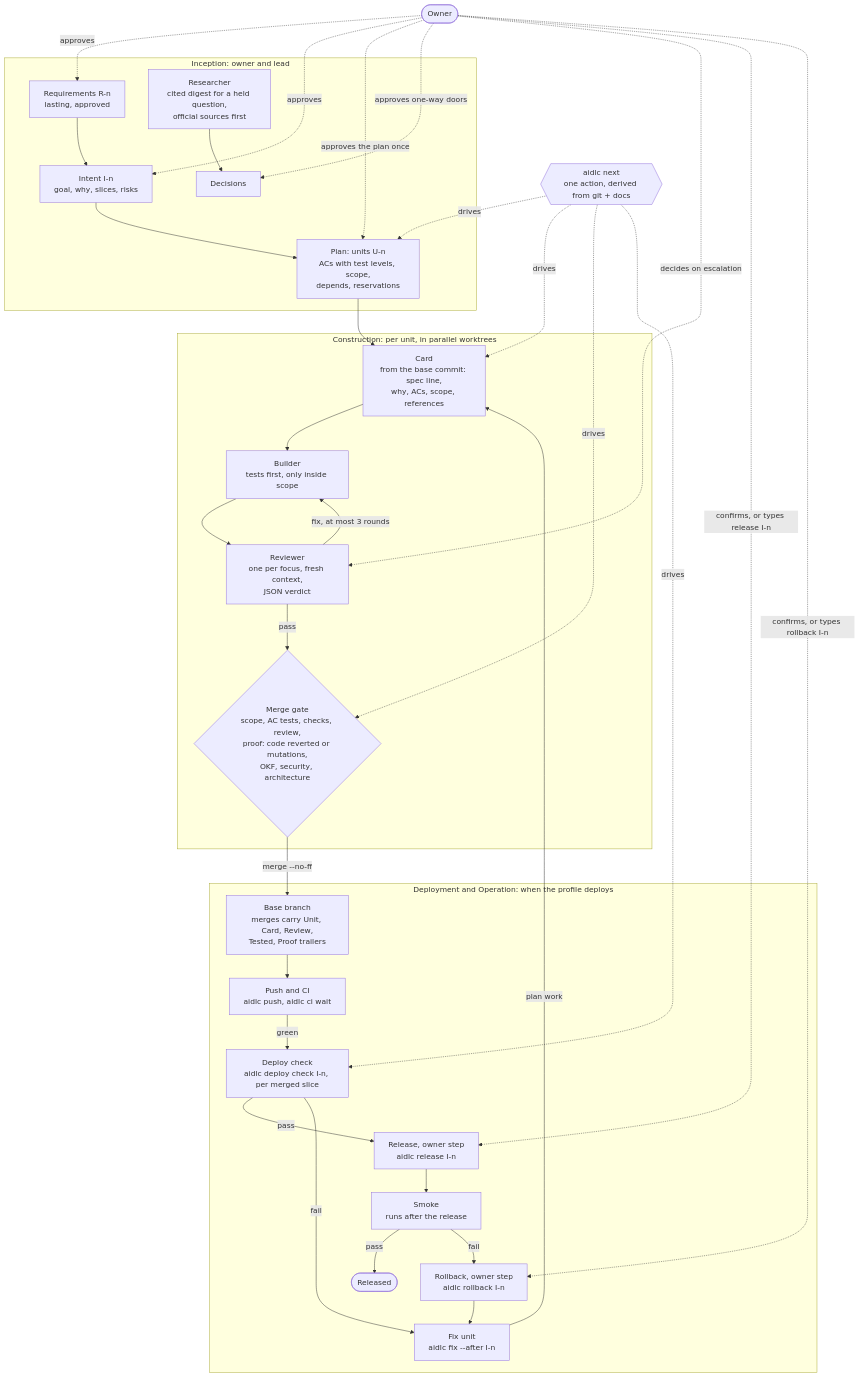
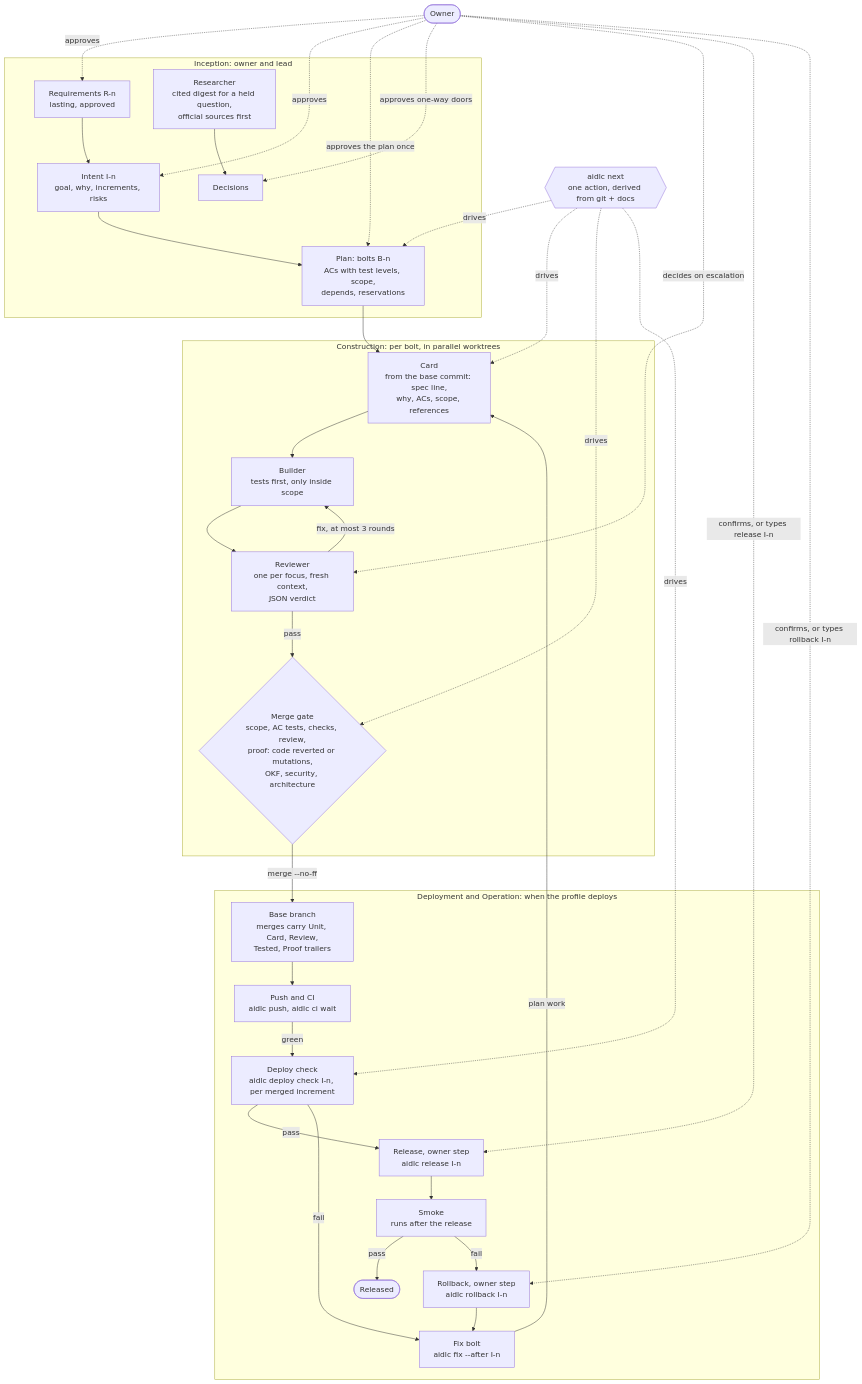
Before and after one commit to Scrollout/aidlc-team-plugin: the first of 2 diagrams in README.md, drawn with Mermaid. The commit also changed other lines of this file and 50 other files, not shown here.

````diff
--- a/README.md
+++ b/README.md
@@ -18,56 +18,56 @@
 ```mermaid
 flowchart TB
   owner(["Owner"])
   next{{"aidlc next<br/>one action, derived from git + docs"}}
 
   subgraph inception["Inception: owner and lead"]
     req["Requirements R-n<br/>lasting, approved"]
-    intent["Intent I-n<br/>goal, why, slices, risks"]
-    plan["Plan: units U-n<br/>ACs with test levels, scope,<br/>depends, reservations"]
+    intent["Intent I-n<br/>goal, why, increments, risks"]
+    plan["Plan: bolts B-n<br/>ACs with test levels, scope,<br/>depends, reservations"]
     researcher["Researcher<br/>cited digest for a held question,<br/>official sources first"]
     decision["Decisions"]
     req --> intent --> plan
     researcher --> decision
   end
 
-  subgraph construction["Construction: per unit, in parallel worktrees"]
+  subgraph construction["Construction: per bolt, in parallel worktrees"]
     card["Card<br/>from the base commit: spec line,<br/>why, ACs, scope, references"]
     builder["Builder<br/>tests first, only inside scope"]
     reviewer["Reviewer<br/>one per focus, fresh context,<br/>JSON verdict"]
     gate{"Merge gate<br/>scope, AC tests, checks, review,<br/>proof: code reverted or mutations,<br/>OKF, security, architecture"}
     card --> builder --> reviewer
     reviewer -- "fix, at most 3 rounds" --> builder
     reviewer -- pass --> gate
   end
 
   subgraph operations["Deployment and Operation: when the profile deploys"]
     base["Base branch<br/>merges carry Unit, Card, Review,<br/>Tested, Proof trailers"]
     ci["Push and CI<br/>aidlc push, aidlc ci wait"]
-    check["Deploy check<br/>aidlc deploy check I-n, per merged slice"]
+    check["Deploy check<br/>aidlc deploy check I-n, per merged increment"]
     release["Release, owner step<br/>aidlc release I-n"]
     smoke["Smoke<br/>runs after the release"]
     rollback["Rollback, owner step<br/>aidlc rollback I-n"]
-    fixunit["Fix unit<br/>aidlc fix --after I-n"]
+    fixunit["Fix bolt<br/>aidlc fix --after I-n"]
     released(["Released"])
     base --> ci -- green --> check -- pass --> release --> smoke -- pass --> released
     check -- fail --> fixunit
     smoke -- fail --> rollback --> fixunit
   end
 
   plan --> card
   gate -- "merge --no-ff" --> base
   fixunit -- "plan work" --> card
 
   owner -. approves .-> req
   owner -. approves .-> intent
   owner -. "approves the plan once" .-> plan
   owner -. "approves one-way doors" .-> decision
   owner -. "decides on escalation" .-> reviewer
   owner -. "confirms, or types release I-n" .-> release
   owner -. "confirms, or types rollback I-n" .-> rollback
 
   next -. drives .-> plan
   next -. drives .-> card
   next -. drives .-> gate
   next -. drives .-> check
 ```
````
